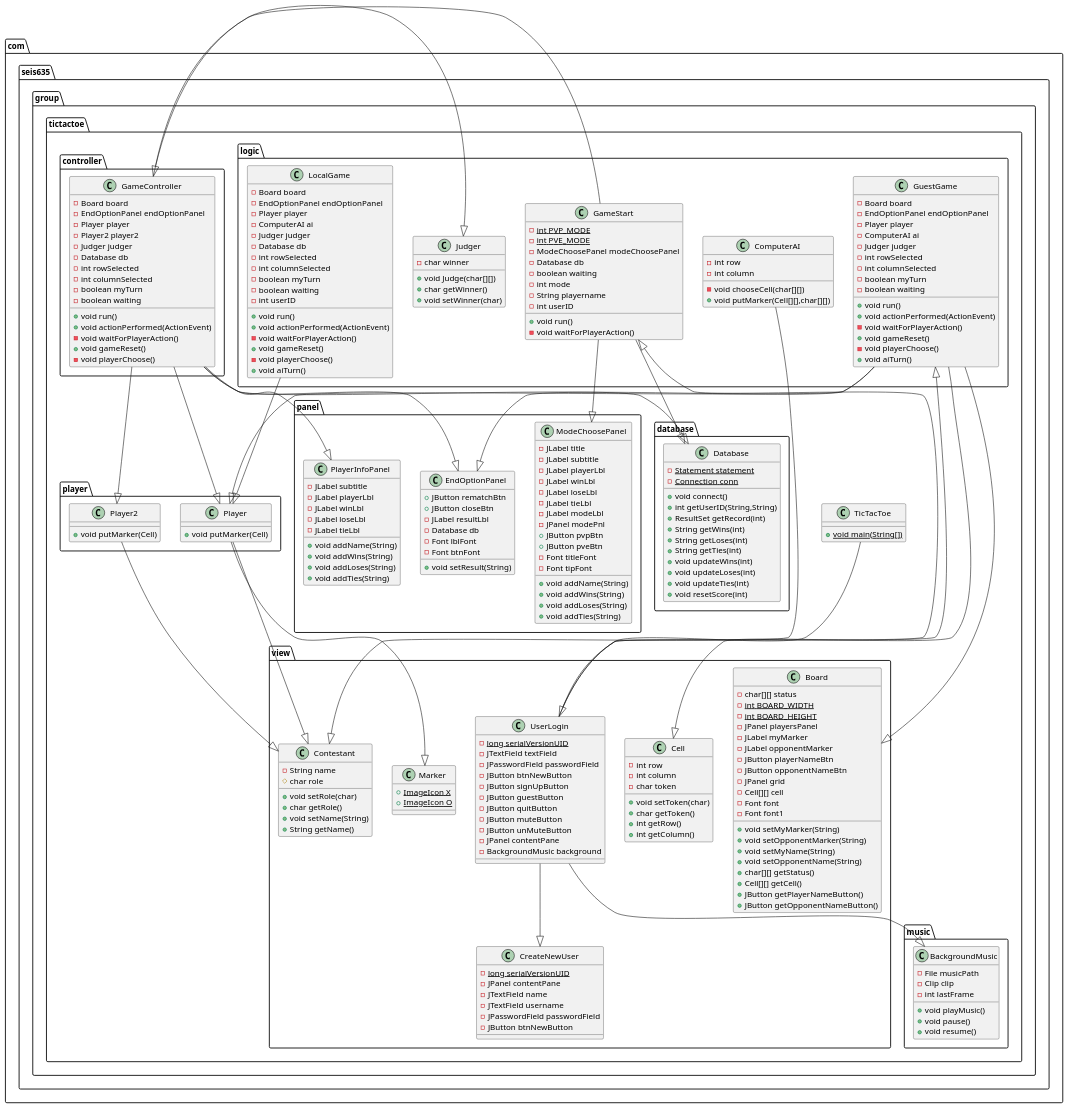
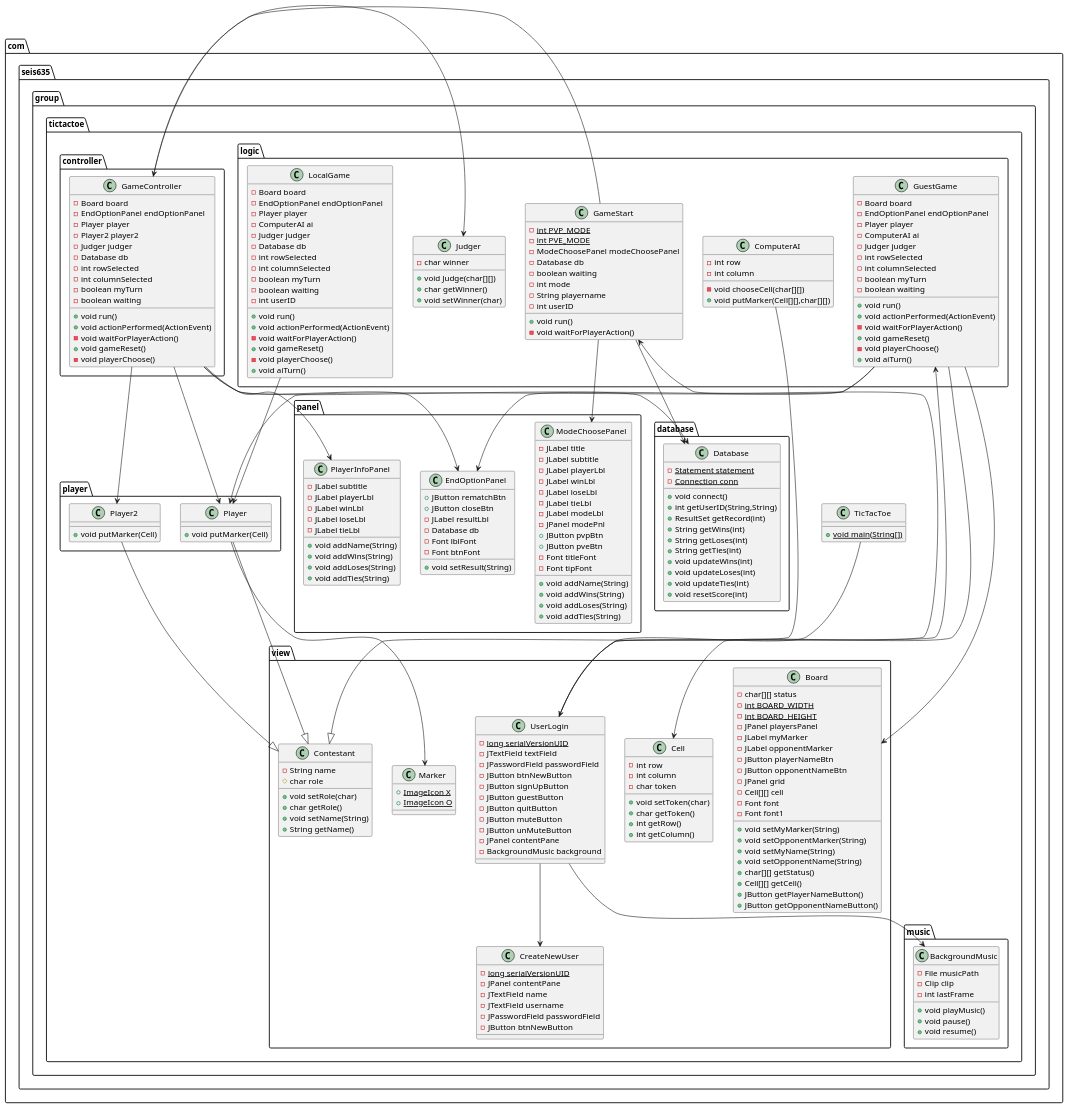
Before and after one commit to dang1840/SEIS635FinalProject: the diagram in diagram/classdiagram/classdiagram.puml, drawn with PlantUML.

```diff
--- a/diagram/classdiagram/classdiagram.puml
+++ b/diagram/classdiagram/classdiagram.puml
@@ -210,27 +210,27 @@
 + void setWinner(char)
 }
 
-com.seis635.group.tictactoe.TicTacToe --|> com.seis635.group.tictactoe.view.UserLogin
-com.seis635.group.tictactoe.view.UserLogin --|> com.seis635.group.tictactoe.music.BackgroundMusic
-com.seis635.group.tictactoe.view.UserLogin --|> com.seis635.group.tictactoe.logic.GuestGame
-com.seis635.group.tictactoe.view.UserLogin --|> com.seis635.group.tictactoe.logic.GameStart
-com.seis635.group.tictactoe.view.UserLogin --|> com.seis635.group.tictactoe.view.CreateNewUser
-com.seis635.group.tictactoe.logic.GuestGame --|> com.seis635.group.tictactoe.view.Board
-com.seis635.group.tictactoe.logic.GuestGame --|> com.seis635.group.tictactoe.view.Cell
-com.seis635.group.tictactoe.logic.GuestGame --|> com.seis635.group.tictactoe.panel.EndOptionPanel
-com.seis635.group.tictactoe.logic.GuestGame --|> com.seis635.group.tictactoe.player.Player
-com.seis635.group.tictactoe.logic.GameStart --|> com.seis635.group.tictactoe.controller.GameController
-com.seis635.group.tictactoe.logic.GameStart --|> com.seis635.group.tictactoe.database.Database
-com.seis635.group.tictactoe.logic.GameStart --|> com.seis635.group.tictactoe.panel.ModeChoosePanel
-com.seis635.group.tictactoe.logic.LocalGame --|> com.seis635.group.tictactoe.player.Player
-com.seis635.group.tictactoe.controller.GameController --|> com.seis635.group.tictactoe.database.Database
-com.seis635.group.tictactoe.controller.GameController --|> com.seis635.group.tictactoe.logic.Judger
-com.seis635.group.tictactoe.controller.GameController --|> com.seis635.group.tictactoe.panel.EndOptionPanel
-com.seis635.group.tictactoe.controller.GameController --|> com.seis635.group.tictactoe.panel.PlayerInfoPanel
-com.seis635.group.tictactoe.controller.GameController --|> com.seis635.group.tictactoe.player.Player
-com.seis635.group.tictactoe.controller.GameController --|> com.seis635.group.tictactoe.player.Player2
+com.seis635.group.tictactoe.TicTacToe --> com.seis635.group.tictactoe.view.UserLogin
+com.seis635.group.tictactoe.view.UserLogin --> com.seis635.group.tictactoe.music.BackgroundMusic
+com.seis635.group.tictactoe.view.UserLogin --> com.seis635.group.tictactoe.logic.GuestGame
+com.seis635.group.tictactoe.view.UserLogin --> com.seis635.group.tictactoe.logic.GameStart
+com.seis635.group.tictactoe.view.UserLogin --> com.seis635.group.tictactoe.view.CreateNewUser
+com.seis635.group.tictactoe.logic.GuestGame --> com.seis635.group.tictactoe.view.Board
+com.seis635.group.tictactoe.logic.GuestGame --> com.seis635.group.tictactoe.view.Cell
+com.seis635.group.tictactoe.logic.GuestGame --> com.seis635.group.tictactoe.panel.EndOptionPanel
+com.seis635.group.tictactoe.logic.GuestGame --> com.seis635.group.tictactoe.player.Player
+com.seis635.group.tictactoe.logic.GameStart --> com.seis635.group.tictactoe.controller.GameController
+com.seis635.group.tictactoe.logic.GameStart --> com.seis635.group.tictactoe.database.Database
+com.seis635.group.tictactoe.logic.GameStart --> com.seis635.group.tictactoe.panel.ModeChoosePanel
+com.seis635.group.tictactoe.logic.LocalGame --> com.seis635.group.tictactoe.player.Player
+com.seis635.group.tictactoe.controller.GameController --> com.seis635.group.tictactoe.database.Database
+com.seis635.group.tictactoe.controller.GameController --> com.seis635.group.tictactoe.logic.Judger
+com.seis635.group.tictactoe.controller.GameController --> com.seis635.group.tictactoe.panel.EndOptionPanel
+com.seis635.group.tictactoe.controller.GameController --> com.seis635.group.tictactoe.panel.PlayerInfoPanel
+com.seis635.group.tictactoe.controller.GameController --> com.seis635.group.tictactoe.player.Player
+com.seis635.group.tictactoe.controller.GameController --> com.seis635.group.tictactoe.player.Player2
 com.seis635.group.tictactoe.player.Player --|> com.seis635.group.tictactoe.view.Contestant
-com.seis635.group.tictactoe.player.Player --|> com.seis635.group.tictactoe.view.Marker
+com.seis635.group.tictactoe.player.Player --> com.seis635.group.tictactoe.view.Marker
 com.seis635.group.tictactoe.player.Player2 --|> com.seis635.group.tictactoe.view.Contestant
 com.seis635.group.tictactoe.logic.ComputerAI --|> com.seis635.group.tictactoe.view.Contestant
 @enduml
```
